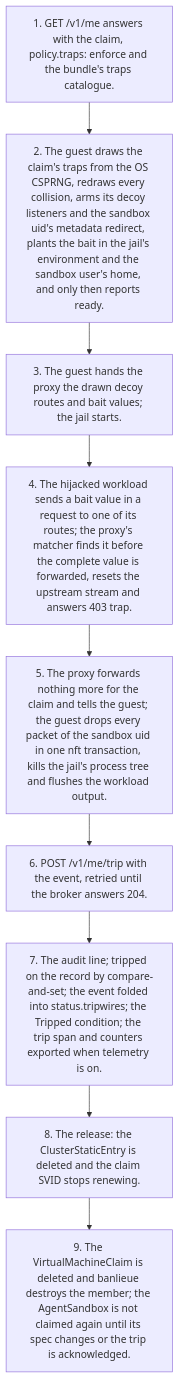
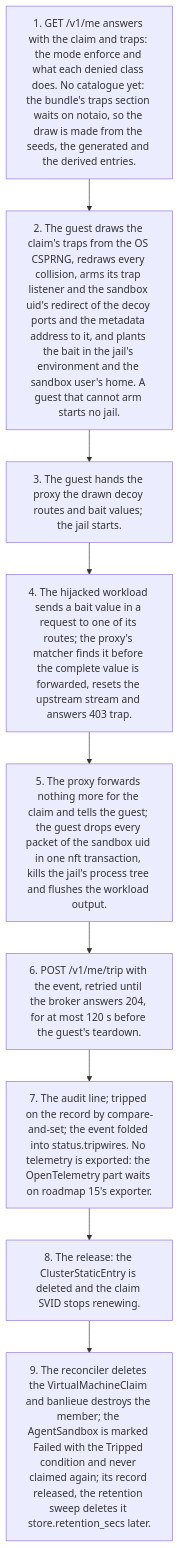
Before and after one commit to firestoned/mediatore: the eighth of 9 diagrams in docs/architecture/diagrams/flows.md, drawn with Mermaid. The commit also changed other lines of this file and 97 other files, not shown here.

````diff
--- a/docs/architecture/diagrams/flows.md
+++ b/docs/architecture/diagrams/flows.md
@@ -162,13 +163,13 @@
 ```mermaid
 flowchart TD
-    t1["1. GET /v1/me answers with the claim, policy.traps: enforce and the bundle's traps catalogue."]
-    t2["2. The guest draws the claim's traps from the OS CSPRNG, redraws every collision, arms its decoy listeners and the sandbox uid's metadata redirect, plants the bait in the jail's environment and the sandbox user's home, and only then reports ready."]
+    t1["1. GET /v1/me answers with the claim and traps: the mode enforce and what each denied class does. No catalogue yet: the bundle's traps section waits on notaio, so the draw is made from the seeds, the generated and the derived entries."]
+    t2["2. The guest draws the claim's traps from the OS CSPRNG, redraws every collision, arms its trap listener and the sandbox uid's redirect of the decoy ports and the metadata address to it, and plants the bait in the jail's environment and the sandbox user's home. A guest that cannot arm starts no jail."]
     t3["3. The guest hands the proxy the drawn decoy routes and bait values; the jail starts."]
     t4["4. The hijacked workload sends a bait value in a request to one of its routes; the proxy's matcher finds it before the complete value is forwarded, resets the upstream stream and answers 403 trap."]
     t5["5. The proxy forwards nothing more for the claim and tells the guest; the guest drops every packet of the sandbox uid in one nft transaction, kills the jail's process tree and flushes the workload output."]
-    t6["6. POST /v1/me/trip with the event, retried until the broker answers 204."]
-    t7["7. The audit line; tripped on the record by compare-and-set; the event folded into status.tripwires; the Tripped condition; the trip span and counters exported when telemetry is on."]
+    t6["6. POST /v1/me/trip with the event, retried until the broker answers 204, for at most 120 s before the guest's teardown."]
+    t7["7. The audit line; tripped on the record by compare-and-set; the event folded into status.tripwires. No telemetry is exported: the OpenTelemetry part waits on roadmap 15's exporter."]
     t8["8. The release: the ClusterStaticEntry is deleted and the claim SVID stops renewing."]
-    t9["9. The VirtualMachineClaim is deleted and banlieue destroys the member; the AgentSandbox is not claimed again until its spec changes or the trip is acknowledged."]
+    t9["9. The reconciler deletes the VirtualMachineClaim and banlieue destroys the member; the AgentSandbox is marked Failed with the Tripped condition and never claimed again; its record released, the retention sweep deletes it store.retention_secs later."]
     t1 --> t2 --> t3 --> t4 --> t5 --> t6 --> t7 --> t8 --> t9
 ```
````
